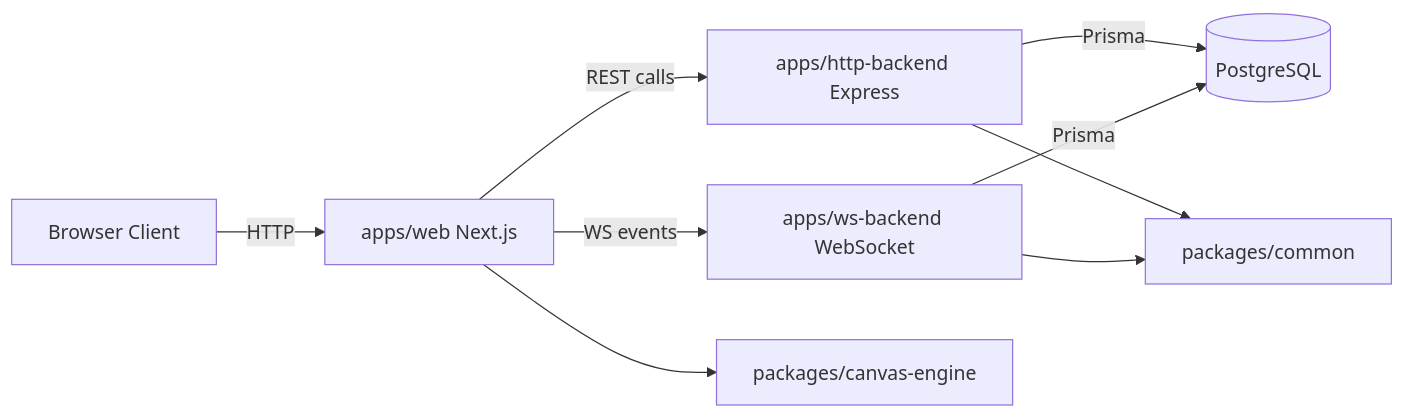
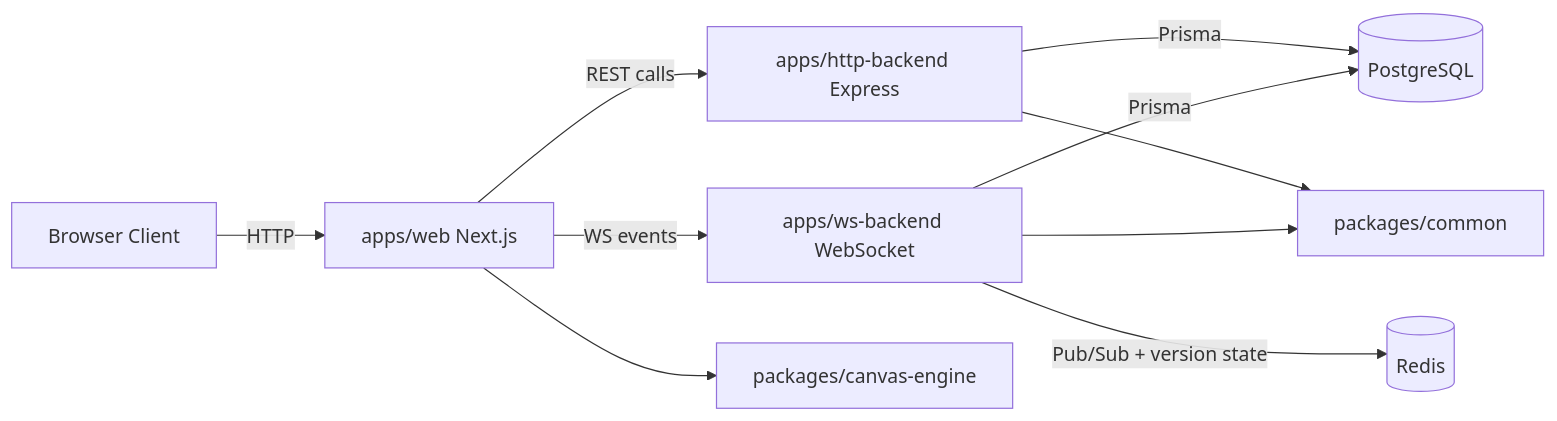
One commit to Krishna-Mehta-135/Canvas.io changed the diagram in README.md. Above: the diagram before and after it, drawn with Mermaid. The commit also changed other lines of this file and 10 other files, not shown here.

Commit message:
feat: implement Redis-backed room synchronization and Pub/Sub for WebSocket backend; add Redis primitives and update documentation

````diff
--- a/README.md
+++ b/README.md
@@ -34,11 +34,12 @@
 ```mermaid
 flowchart LR
 	U[Browser Client] -->|HTTP| W[apps/web Next.js]
 	W -->|REST calls| H[apps/http-backend Express]
 	W -->|WS events| S[apps/ws-backend WebSocket]
+	S -->|Pub/Sub + version state| R[(Redis)]
 	H -->|Prisma| D[(PostgreSQL)]
 	S -->|Prisma| D
 	H --> C[packages/common]
 	S --> C
 	W --> E[packages/canvas-engine]
 ```
````
